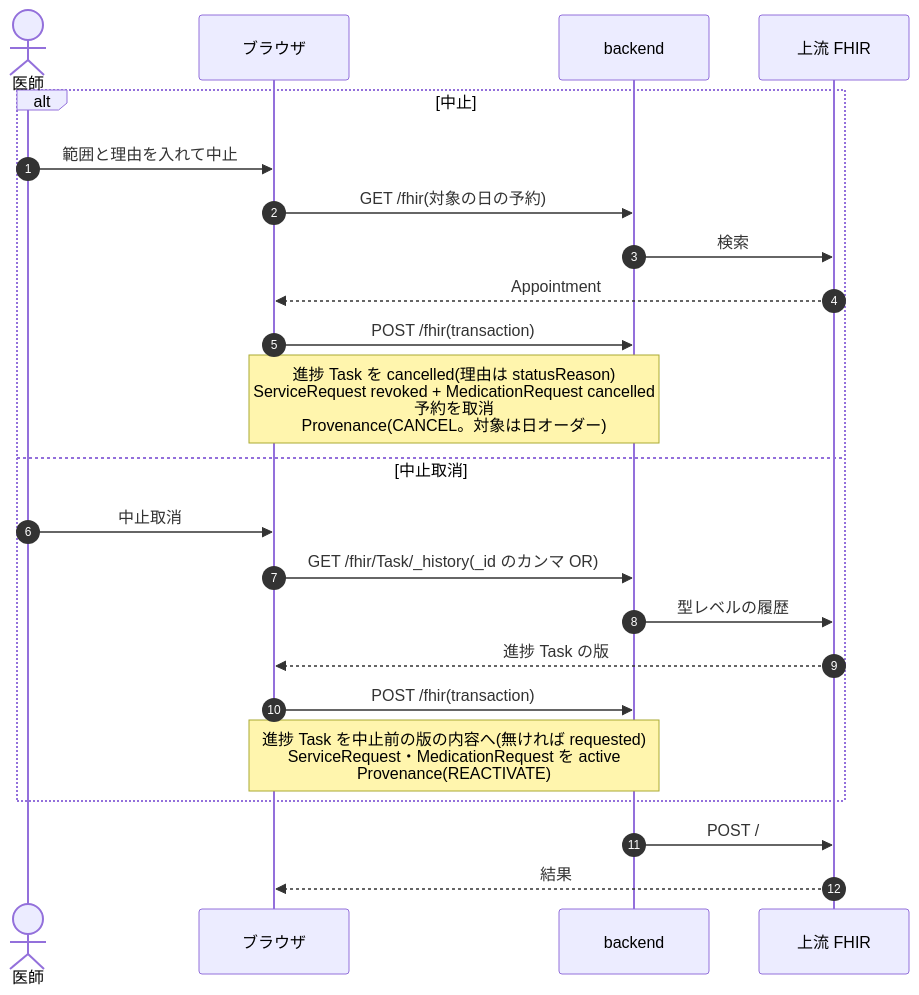
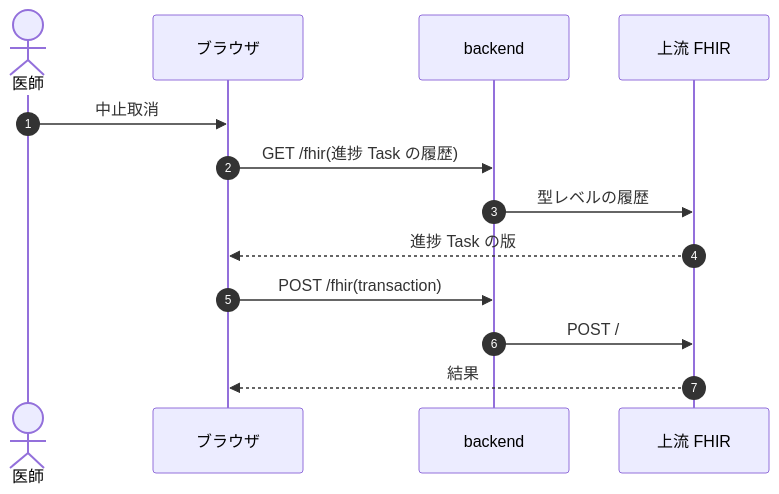
The seventh of 10 diagrams in docs/dev/chemotherapy.md (ysnr-dev/fhir-client-docs), drawn with Mermaid before and after one commit. The commit also changed other lines of this file and 43 other files, not shown here.

Commit message:
docs: 業務フローとシーケンス図を写し直し

````diff
--- a/docs/dev/chemotherapy.md
+++ b/docs/dev/chemotherapy.md
@@ -166,26 +279,16 @@
 ```mermaid
 sequenceDiagram
   autonumber
   actor Dr as 医師
   participant UI as ブラウザ
   participant BE as backend
   participant FHIR as 上流 FHIR
 
-  alt 中止
-    Dr->>UI: 範囲と理由を入れて中止
-    UI->>BE: GET /fhir(対象の日の予約)
-    BE->>FHIR: 検索
-    FHIR-->>UI: Appointment
-    UI->>BE: POST /fhir(transaction)
-    Note over UI,BE: 進捗 Task を cancelled(理由は statusReason)<br/>ServiceRequest revoked + MedicationRequest cancelled<br/>予約を取消<br/>Provenance(CANCEL。対象は日オーダー)
-  else 中止取消
-    Dr->>UI: 中止取消
-    UI->>BE: GET /fhir/Task/_history(_id のカンマ OR)
-    BE->>FHIR: 型レベルの履歴
-    FHIR-->>UI: 進捗 Task の版
-    UI->>BE: POST /fhir(transaction)
-    Note over UI,BE: 進捗 Task を中止前の版の内容へ(無ければ requested)<br/>ServiceRequest・MedicationRequest を active<br/>Provenance(REACTIVATE)
-  end
+  Dr->>UI: 中止取消
+  UI->>BE: GET /fhir(進捗 Task の履歴)
+  BE->>FHIR: 型レベルの履歴
+  FHIR-->>UI: 進捗 Task の版
+  UI->>BE: POST /fhir(transaction)
   BE->>FHIR: POST /
   FHIR-->>UI: 結果
 ```
````
